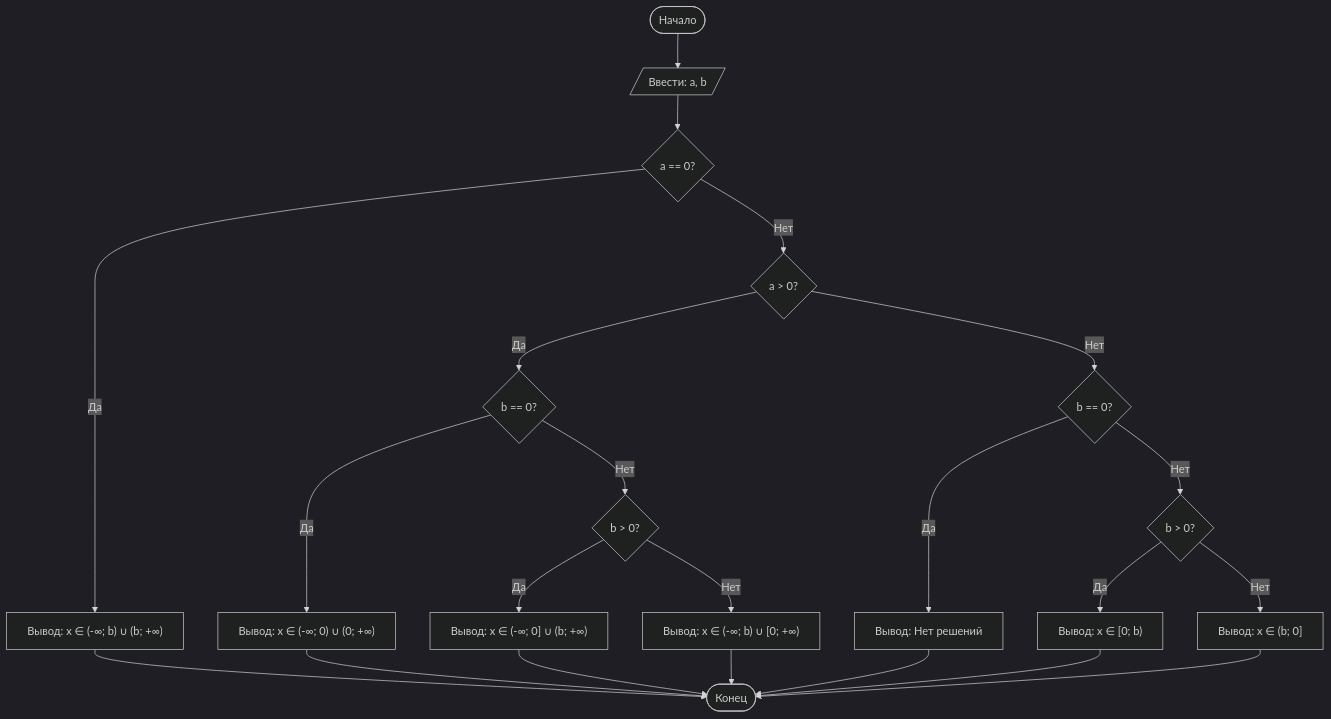
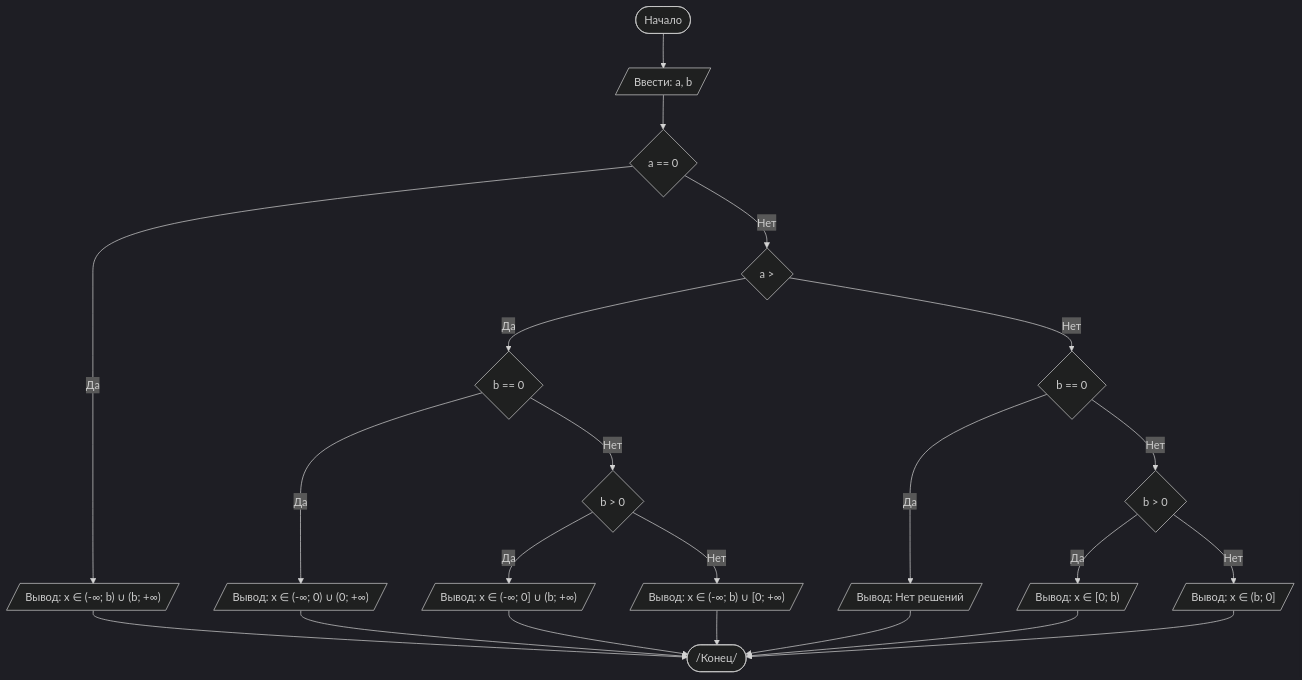
Before and after one commit to ajen-uv/laba: the diagram in README.md, drawn with Mermaid (dark theme). The commit also changed other lines of this file, not shown here.

````diff
--- a/README.md
+++ b/README.md
@@ -78,24 +79,24 @@
 ```mermaid
 graph TD
     A([Начало]) --> B[/Ввести: a, b/]
-    B --> C{"a == 0?"}
-    C -- Да --> D["Вывод: x ∈ (-∞; b) ∪ (b; +∞)"]
-    D --> Z([Конец])
-    C -- Нет --> E{"a > 0?"}
-    E -- Да --> F{"b == 0?"}
-    F -- Да --> G["Вывод: x ∈ (-∞; 0) ∪ (0; +∞)"]
+    B --> C{"a == 0"}
+    C -- Да --> D[/"Вывод: x ∈ (-∞; b) ∪ (b; +∞)"/]
+    D --> Z([/Конец/])
+    C -- Нет --> E{"a > "}
+    E -- Да --> F{"b == 0"}
+    F -- Да --> G[/"Вывод: x ∈ (-∞; 0) ∪ (0; +∞)"/]
     G --> Z
-    F -- Нет --> H{"b > 0?"}
-    H -- Да --> I["Вывод: x ∈ (-∞; 0] ∪ (b; +∞)"]
+    F -- Нет --> H{"b > 0"}
+    H -- Да --> I[/"Вывод: x ∈ (-∞; 0] ∪ (b; +∞)"/]
     I --> Z
-    H -- Нет --> J["Вывод: x ∈ (-∞; b) ∪ [0; +∞)"]
+    H -- Нет --> J[/"Вывод: x ∈ (-∞; b) ∪ [0; +∞)"/]
     J --> Z
-    E -- Нет --> K{"b == 0?"}
-    K -- Да --> L["Вывод: Нет решений"]
+    E -- Нет --> K{"b == 0"}
+    K -- Да --> L[/"Вывод: Нет решений"/]
     L --> Z
-    K -- Нет --> M{"b > 0?"}
-    M -- Да --> N["Вывод: x ∈ [0; b)"]
+    K -- Нет --> M{"b > 0"}
+    M -- Да --> N[/"Вывод: x ∈ [0; b)"/]
     N --> Z
-    M -- Нет --> O["Вывод: x ∈ (b; 0]"]
+    M -- Нет --> O[/"Вывод: x ∈ (b; 0]"/]
     O --> Z
 ```
````
